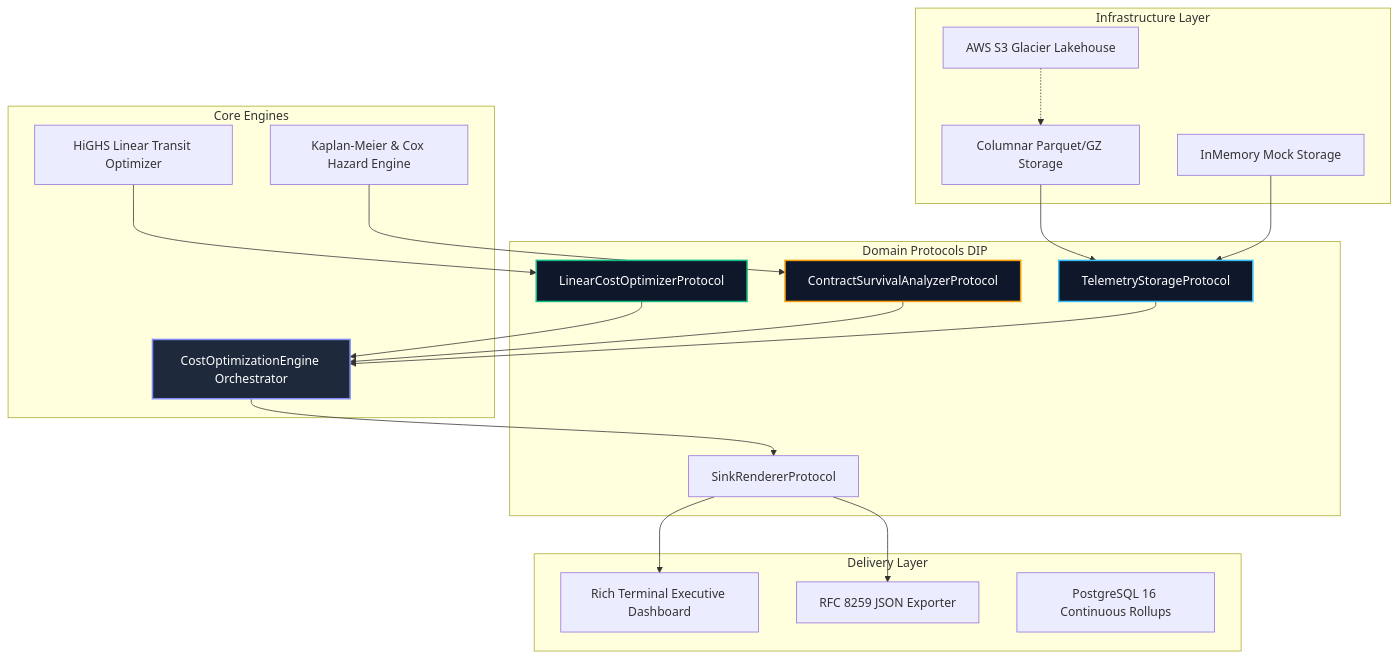
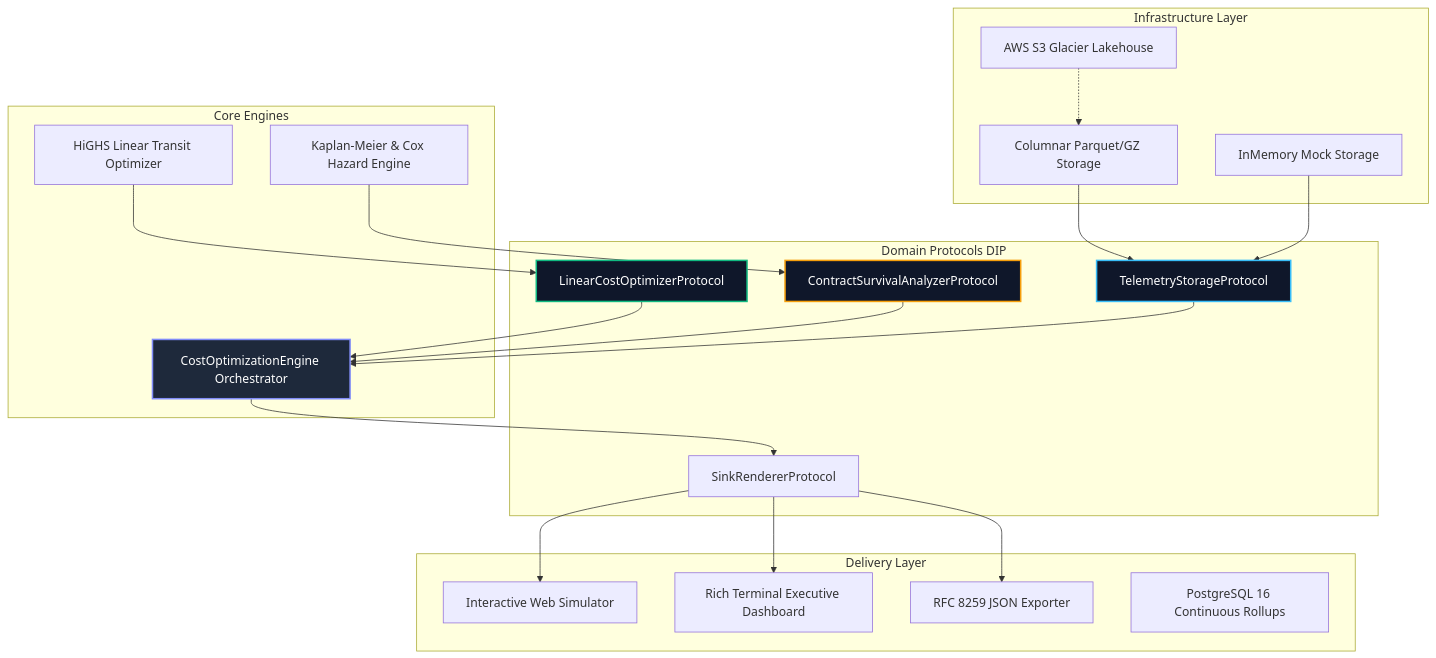
One commit to Maxrodri0311/AegisTransit-Systems changed the diagram in README.md. Above: the diagram before and after it, drawn with Mermaid. The commit also changed other lines of this file and 28 other files, not shown here.

````diff
--- a/README.md
+++ b/README.md
@@ -97,44 +99,46 @@
 ```mermaid
 flowchart TD
     subgraph Infrastructure Layer
         DS[Columnar Parquet/GZ Storage]
         IMS[InMemory Mock Storage]
         S3[AWS S3 Glacier Lakehouse]
     end
 
     subgraph Domain Protocols DIP
         TSP[TelemetryStorageProtocol]
         LCOP[LinearCostOptimizerProtocol]
         CSAP[ContractSurvivalAnalyzerProtocol]
         SRP[SinkRendererProtocol]
     end
 
     subgraph Core Engines
         OPT[HiGHS Linear Transit Optimizer]
         SURV[Kaplan-Meier & Cox Hazard Engine]
         COE[CostOptimizationEngine Orchestrator]
     end
 
     subgraph Delivery Layer
+        WEB[Interactive Web Simulator]
         TUI[Rich Terminal Executive Dashboard]
         JSON[RFC 8259 JSON Exporter]
         SQL[PostgreSQL 16 Continuous Rollups]
     end
 
     DS --> TSP
     IMS --> TSP
     TSP --> COE
     LCOP --> COE
     CSAP --> COE
     OPT --> LCOP
     SURV --> CSAP
     COE --> SRP
+    SRP --> WEB
     SRP --> TUI
     SRP --> JSON
     S3 -.-> DS
 
     style TSP fill:#0F172A,stroke:#38BDF8,stroke-width:2px,color:#FFFFFF
     style LCOP fill:#0F172A,stroke:#10B981,stroke-width:2px,color:#FFFFFF
     style CSAP fill:#0F172A,stroke:#F59E0B,stroke-width:2px,color:#FFFFFF
     style COE fill:#1E293B,stroke:#818CF8,stroke-width:2px,color:#FFFFFF
 ```
````
